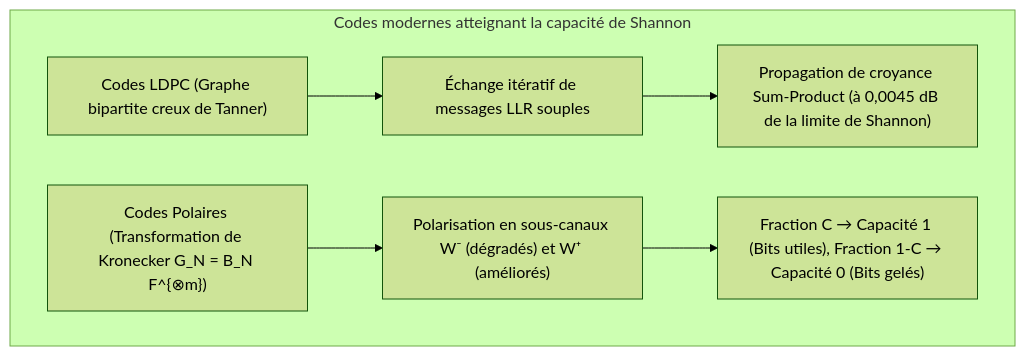
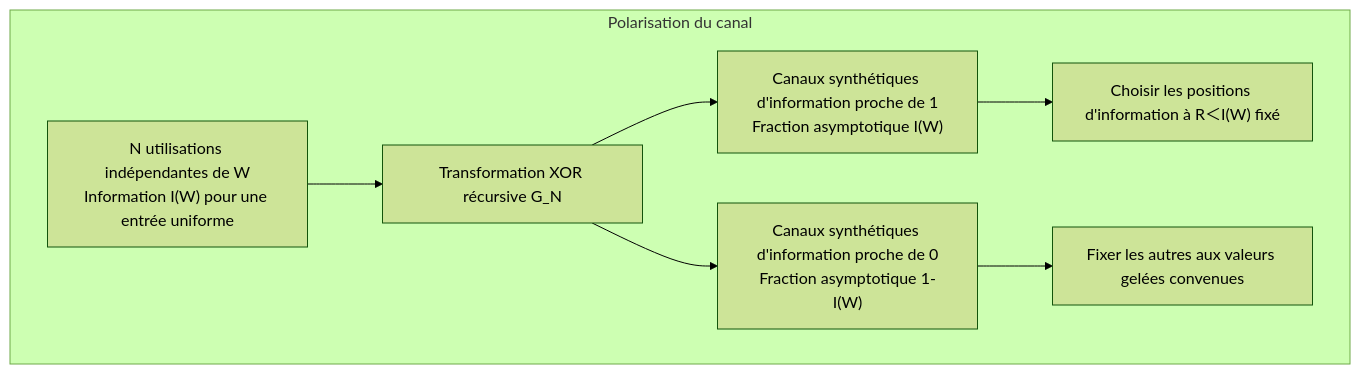
One commit to kenjinote/blog changed the fourth of 4 diagrams in content/post/error-correcting-codes-hamming-reed-solomon-ldpc-shannon-capacity-information-theory/index.fr.md. Above: the diagram before and after it, drawn with Mermaid (forest theme). The commit also changed other lines of this file and 14 other files, not shown here.

````diff
--- a/content/post/error-correcting-codes-hamming-reed-solomon-ldpc-shannon-capacity-information-theory/index.fr.md
+++ b/content/post/error-correcting-codes-hamming-reed-solomon-ldpc-shannon-capacity-information-theory/index.fr.md
@@ -133,9 +508,10 @@
 ```mermaid
 flowchart TD
-    subgraph Cap["Codes modernes atteignant la capacité de Shannon"]
-        L1["Codes LDPC (Graphe bipartite creux de Tanner)"] --> L2["Échange itératif de messages LLR souples"]
-        L2 --> L3["Propagation de croyance Sum-Product (à 0,0045 dB de la limite de Shannon)"]
-        P1["Codes Polaires (Transformation de Kronecker G_N = B_N F^{⊗m})"] --> P2["Polarisation en sous-canaux W⁻ (dégradés) et W⁺ (améliorés)"]
-        P2 --> P3["Fraction C → Capacité 1 (Bits utiles), Fraction 1-C → Capacité 0 (Bits gelés)"]
+    subgraph Polar["Polarisation du canal"]
+        W["N utilisations indépendantes de W<br/>Information I(W) pour une entrée uniforme"] --> Kron["Transformation XOR récursive G_N"]
+        Kron --> Good["Canaux synthétiques d'information proche de 1<br/>Fraction asymptotique I(W)"]
+        Kron --> Bad["Canaux synthétiques d'information proche de 0<br/>Fraction asymptotique 1-I(W)"]
+        Good --> Info["Choisir les positions d'information à R＜I(W) fixé"]
+        Bad --> Frozen["Fixer les autres aux valeurs gelées convenues"]
     end
 ```
````
